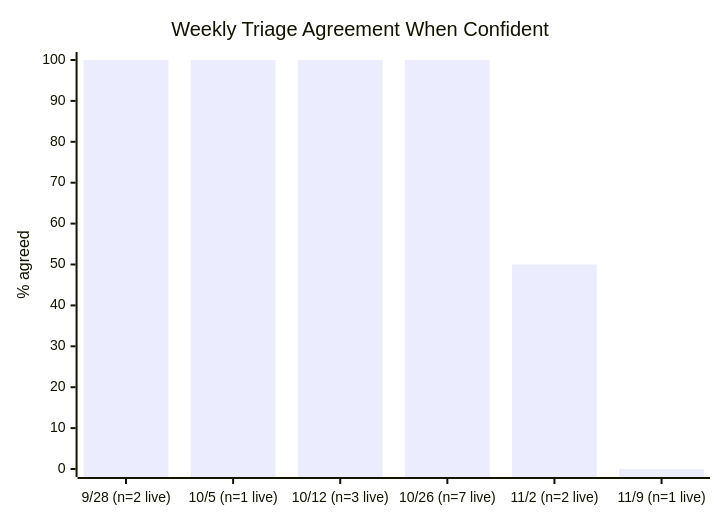
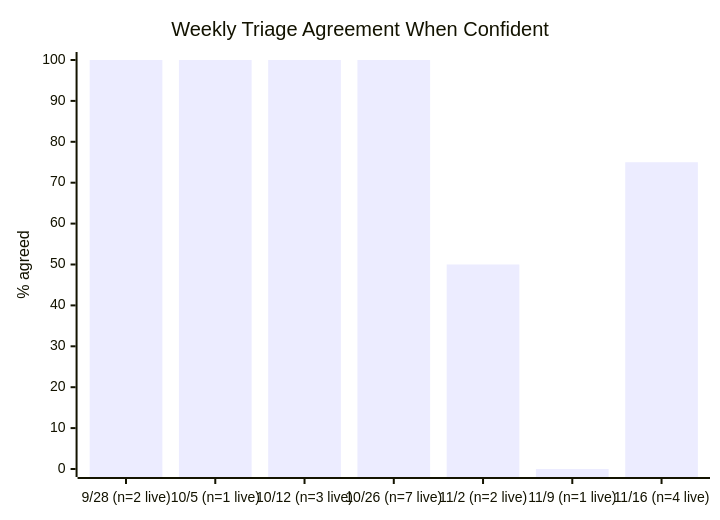
One commit to Sanctum-Origo-Systems/patina changed the third of 4 diagrams in JEV.md. Above: the diagram before and after it, drawn with Mermaid. The commit also changed other lines of this file, not shown here.

````diff
--- a/JEV.md
+++ b/JEV.md
@@ -25,7 +25,7 @@
 ```mermaid
 xychart-beta
     title "Weekly Triage Agreement When Confident"
-    x-axis ["9/28 (n=2 live)", "10/5 (n=1 live)", "10/12 (n=3 live)", "10/26 (n=7 live)", "11/2 (n=2 live)", "11/9 (n=1 live)"]
+    x-axis ["9/28 (n=2 live)", "10/5 (n=1 live)", "10/12 (n=3 live)", "10/26 (n=7 live)", "11/2 (n=2 live)", "11/9 (n=1 live)", "11/16 (n=4 live)"]
     y-axis "% agreed" 0 --> 100
-    bar [100, 100, 100, 100, 50, 0]
+    bar [100, 100, 100, 100, 50, 0, 75]
 ```
````
